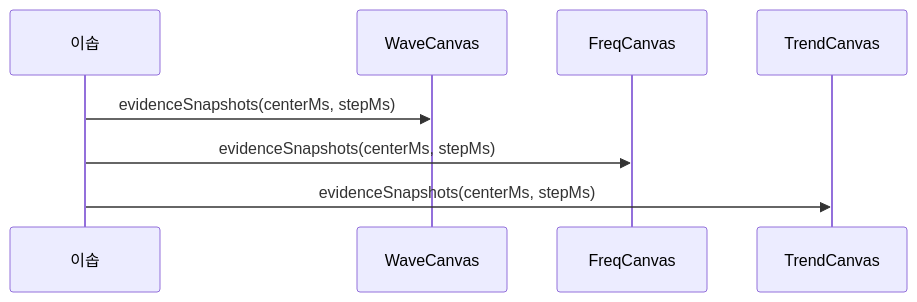
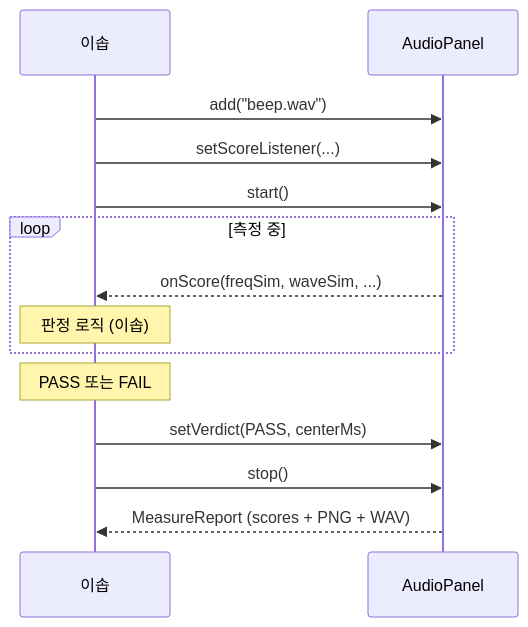
One commit to HanSeongDeok/APX_PoC changed the third of 3 diagrams in poc/r158/apx_app_java/AUDIO_API.md. Above: the diagram before and after it, drawn with Mermaid. The commit also changed other lines of this file and 9 other files, not shown here.

````diff
--- a/poc/r158/apx_app_java/AUDIO_API.md
+++ b/poc/r158/apx_app_java/AUDIO_API.md
@@ -260,10 +207,16 @@
 ```mermaid
 sequenceDiagram
     participant ESOP as 이솝
-    participant W as WaveCanvas
-    participant F as FreqCanvas
-    participant T as TrendCanvas
-    ESOP->>W: evidenceSnapshots(centerMs, stepMs)
-    ESOP->>F: evidenceSnapshots(centerMs, stepMs)
-    ESOP->>T: evidenceSnapshots(centerMs, stepMs)
+    participant P as AudioPanel
+    ESOP->>P: add("beep.wav")
+    ESOP->>P: setScoreListener(...)
+    ESOP->>P: start()
+    loop 측정 중
+        P-->>ESOP: onScore(freqSim, waveSim, ...)
+        Note over ESOP: 판정 로직 (이솝)
+    end
+    Note over ESOP: PASS 또는 FAIL
+    ESOP->>P: setVerdict(PASS, centerMs)
+    ESOP->>P: stop()
+    P-->>ESOP: MeasureReport (scores + PNG + WAV)
 ```
````
